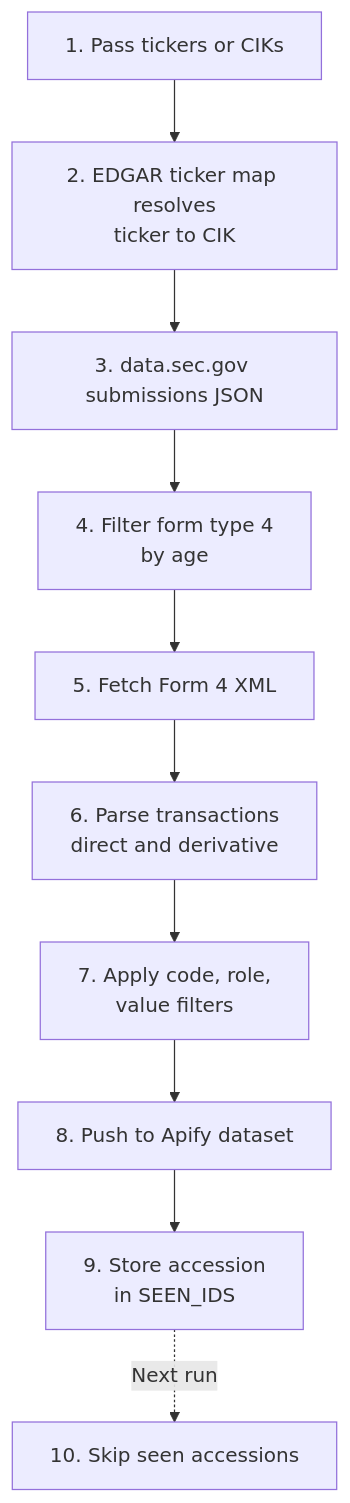
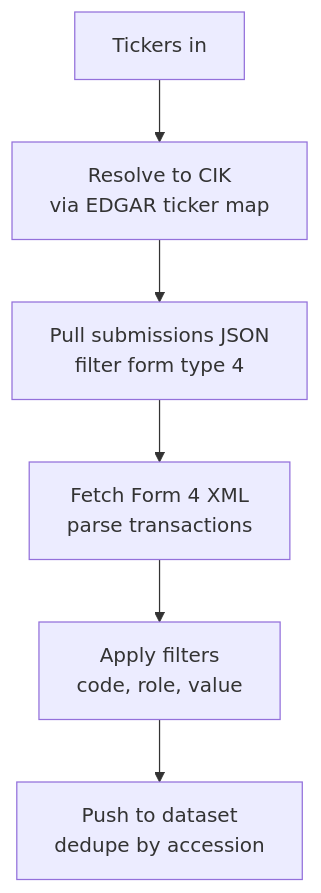
One commit to Ken-Mutisya/scrapemint changed the second of 2 diagrams in actors/sec-form4-insider-tracker/README.md. Above: the diagram before and after it, drawn with Mermaid. The commit also changed other lines of this file, not shown here.

Commit message:
Tighten SEC Form 4 tracker README for organic search

````diff
--- a/actors/sec-form4-insider-tracker/README.md
+++ b/actors/sec-form4-insider-tracker/README.md
@@ -39,12 +37,8 @@
 ```mermaid
 flowchart TD
-    A[1. Pass tickers or CIKs] --> B[2. EDGAR ticker map resolves<br/>ticker to CIK]
-    B --> C[3. data.sec.gov submissions JSON]
-    C --> D[4. Filter form type 4<br/>by age]
-    D --> E[5. Fetch Form 4 XML]
-    E --> F[6. Parse transactions<br/>direct and derivative]
-    F --> G[7. Apply code, role,<br/>value filters]
-    G --> H[8. Push to Apify dataset]
-    H --> I[9. Store accession<br/>in SEEN_IDS]
-    I -.->|Next run| J[10. Skip seen accessions]
+    A[Tickers in] --> B[Resolve to CIK<br/>via EDGAR ticker map]
+    B --> C[Pull submissions JSON<br/>filter form type 4]
+    C --> D[Fetch Form 4 XML<br/>parse transactions]
+    D --> E[Apply filters<br/>code, role, value]
+    E --> F[Push to dataset<br/>dedupe by accession]
 ```
````
